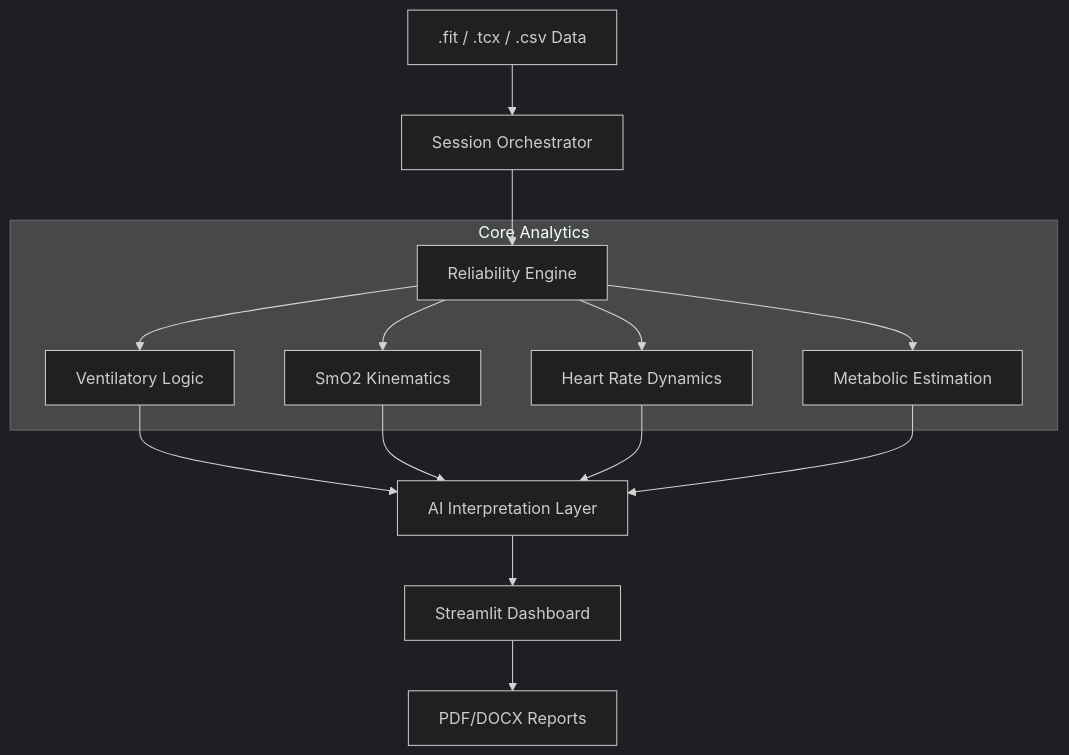
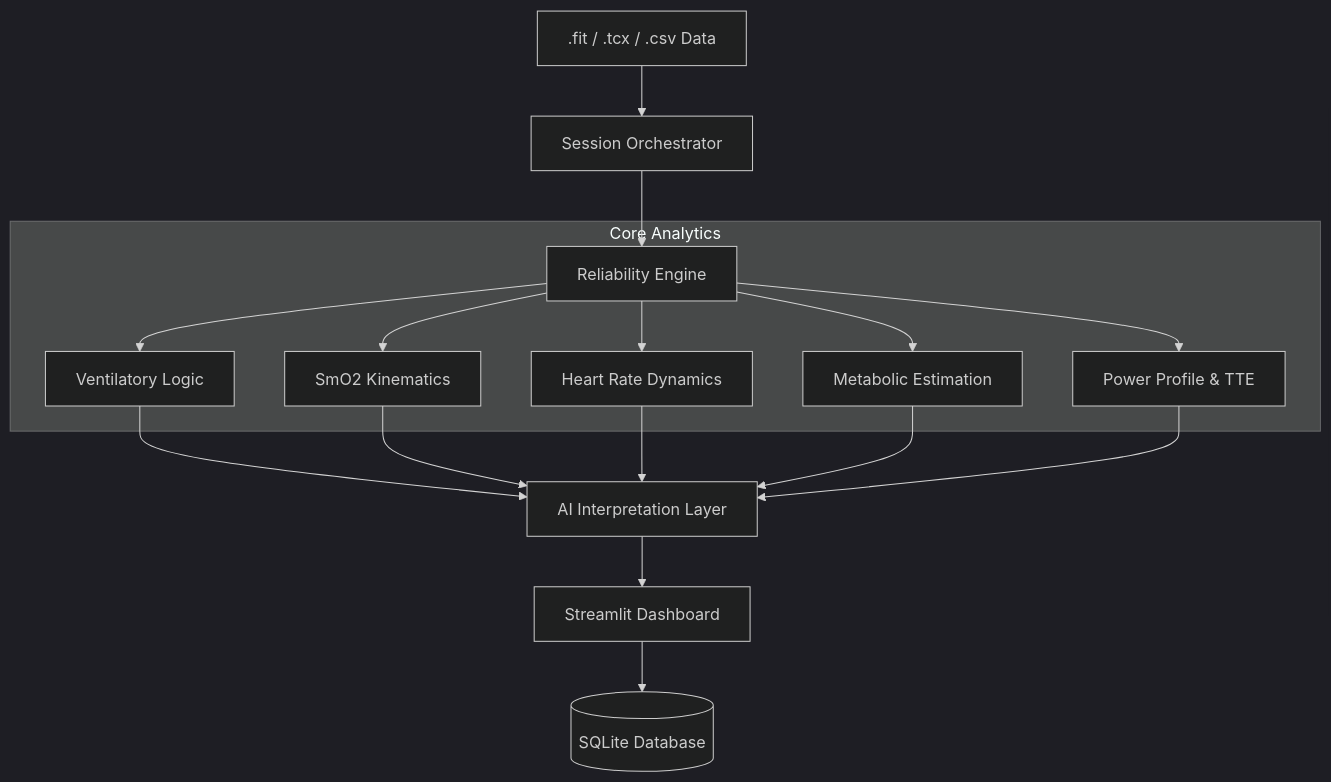
The diagram in README.md (WielkiKrzych/Tri_Dashboard), drawn with Mermaid (dark theme) before and after one commit. The commit also changed other lines of this file, not shown here.

````diff
--- a/README.md
+++ b/README.md
@@ -36,16 +39,17 @@
 ```mermaid
 graph TD
     Data[".fit / .tcx / .csv Data"] --> Orchestrator["Session Orchestrator"]
     Orchestrator --> Quality["Reliability Engine"]
     
     subgraph "Core Analytics"
         Quality --> VT["Ventilatory Logic"]
         Quality --> NIRS["SmO2 Kinematics"]
         Quality --> HRV["Heart Rate Dynamics"]
         Quality --> Metabolic["Metabolic Estimation"]
+        Quality --> PDC_TTE["Power Profile & TTE"]
     end
     
-    VT & NIRS & HRV & Metabolic --> Intepretation["AI Interpretation Layer"]
+    VT & NIRS & HRV & Metabolic & PDC_TTE --> Intepretation["AI Interpretation Layer"]
     Intepretation --> UI["Streamlit Dashboard"]
-    UI --> PDF["PDF/DOCX Reports"]
+    UI --> DB[("SQLite Database")]
 ```
````
